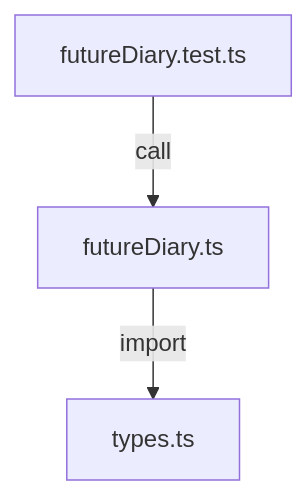
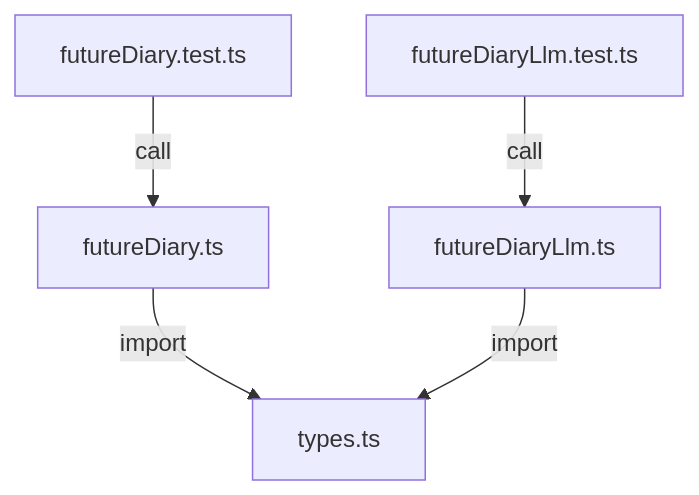
Before and after one commit to YotaroMatsui/future_diary: the diagram in packages/core/src/README.md, drawn with Mermaid. The commit also changed other lines of this file and 16 other files, not shown here.

````diff
--- a/packages/core/src/README.md
+++ b/packages/core/src/README.md
@@ -150,5 +162,7 @@
 ```mermaid
 flowchart TD
   F["futureDiary.ts"] -->|"import"| T["types.ts"]
   X["futureDiary.test.ts"] -->|"call"| F
+  L["futureDiaryLlm.ts"] -->|"import"| T
+  Y["futureDiaryLlm.test.ts"] -->|"call"| L
 ```
````
